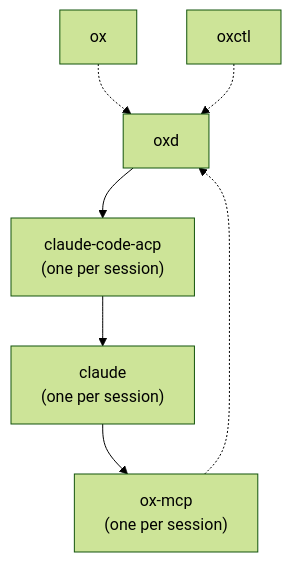
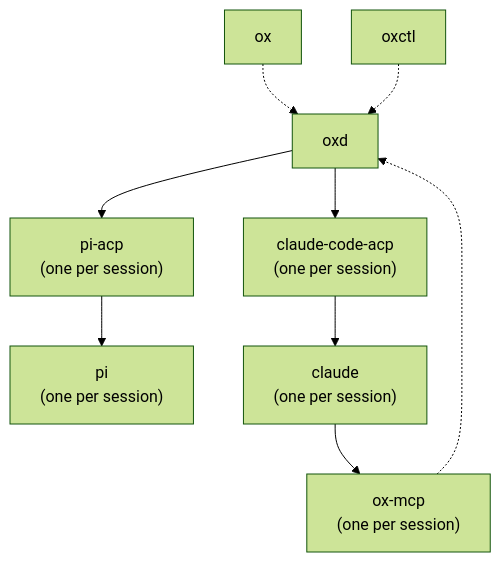
Before and after one commit to kkestell/ox-hypercube2: the diagram in docs/dev/architecture.md, drawn with Mermaid (forest theme). The commit also changed other lines of this file and 8 other files, not shown here.

````diff
--- a/docs/dev/architecture.md
+++ b/docs/dev/architecture.md
@@ -10,16 +10,20 @@
 ```mermaid
 flowchart TB
     ox["ox"]
     oxctl["oxctl"]
     oxd["oxd"]
     bridge["claude-code-acp<br/>(one per session)"]
+    pibridge["pi-acp<br/>(one per session)"]
+    pi["pi<br/>(one per session)"]
     claude["claude<br/>(one per session)"]
     oxmcp["ox-mcp<br/>(one per session)"]
 
     ox -.-> oxd
     oxctl -.-> oxd
     oxd --> bridge
+    oxd --> pibridge
+    pibridge --> pi
     bridge --> claude
     claude --> oxmcp
     oxmcp -.-> oxd
 ```
````
